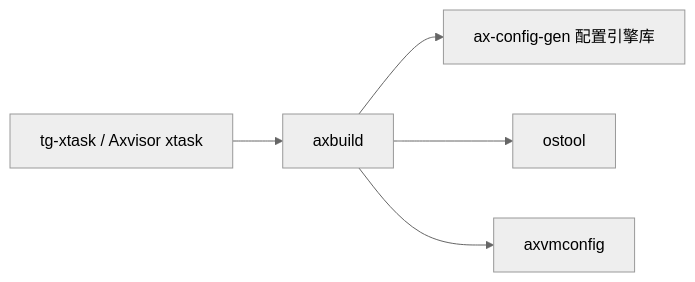
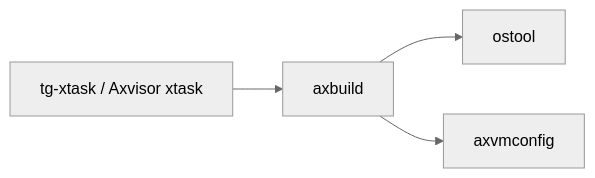
The second of 2 diagrams in docs/docs/components/crates/axbuild.md (rcore-os/tgoskits), drawn with Mermaid (neutral theme) before and after one commit. The commit also changed other lines of this file and 204 other files, not shown here.

````diff
--- a/docs/docs/components/crates/axbuild.md
+++ b/docs/docs/components/crates/axbuild.md
@@ -112,7 +111,6 @@
 ```mermaid
 graph LR
     xtask["tg-xtask / Axvisor xtask"] --> axbuild["axbuild"]
-    axbuild --> ax_config_gen["ax-config-gen 配置引擎库"]
     axbuild --> ostool["ostool"]
     axbuild --> axvmconfig["axvmconfig"]
 ```
````
